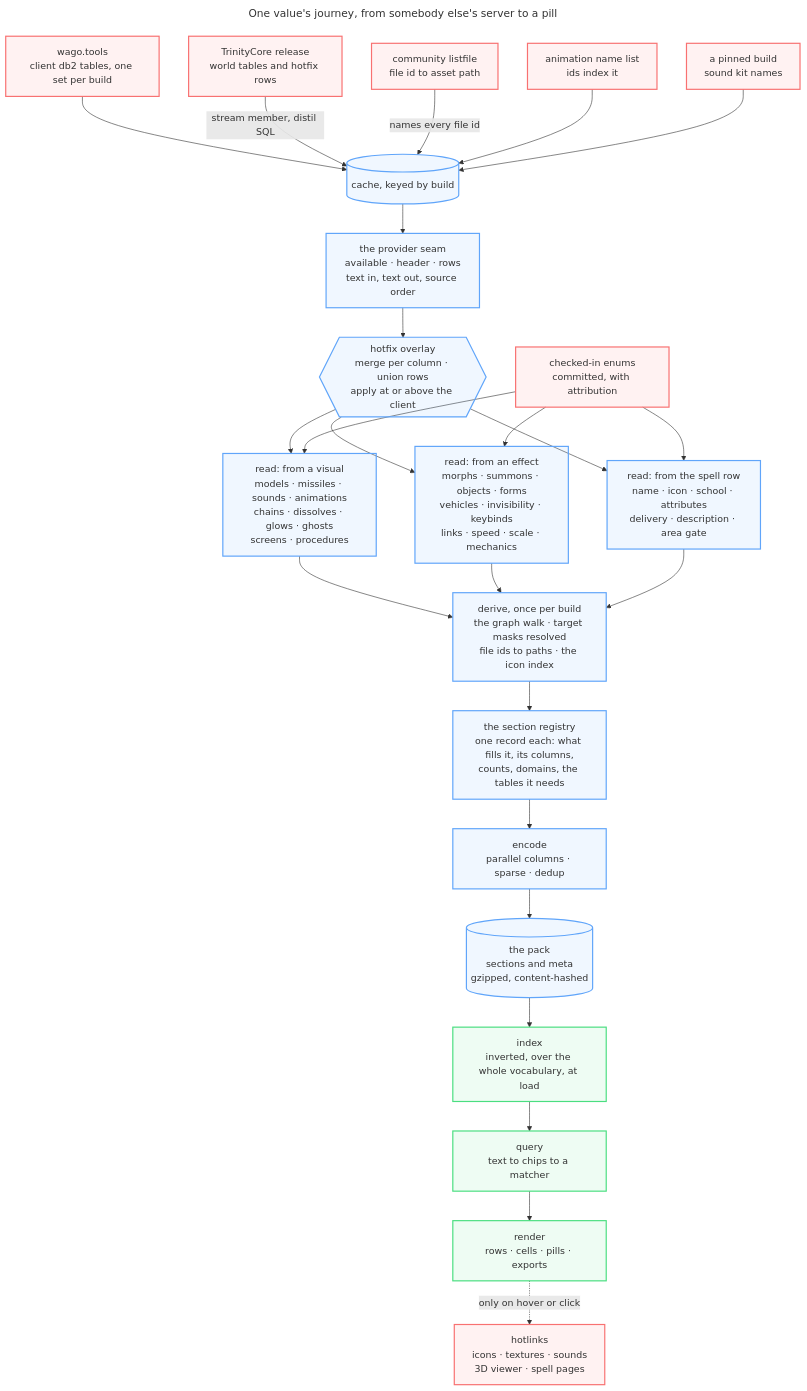
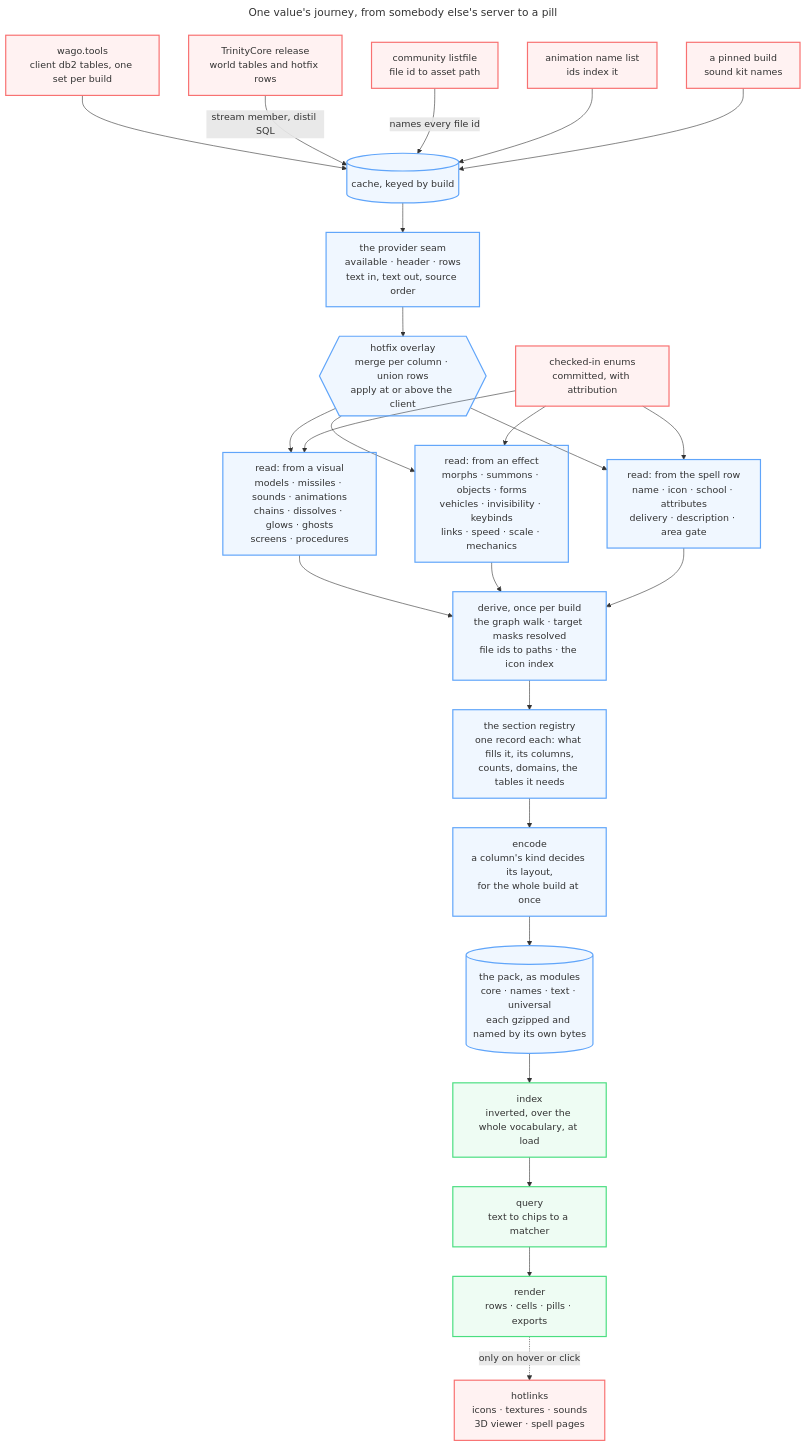
Before and after one commit to Natans8/Epsilook: the first of 11 diagrams in docs/DATA_ROUTES.md, drawn with Mermaid. The commit also changed other lines of this file and 71 other files, not shown here.

````diff
--- a/docs/DATA_ROUTES.md
+++ b/docs/DATA_ROUTES.md
@@ -17,61 +17,61 @@
 ```mermaid
 ---
 title: One value's journey, from somebody else's server to a pill
 ---
 flowchart TD
     accTitle: The data pipeline, end to end
     accDescr {
       Six external sources land in a build cache, are read through one provider seam with a
       hotfix overlay, interpreted by three families of readers, walked once, declared as sections,
-      encoded into a gzipped pack, and then indexed, queried and rendered in the browser. Hotlinks
+      encoded and emitted as gzipped modules, and then indexed, queried and rendered in the browser. Hotlinks
       are the only thing fetched afterwards, and only on hover or click.
     }
 
     WAGO["wago.tools<br/>client db2 tables, one set per build"]
     TDB["TrinityCore release<br/>world tables and hotfix rows"]
     LIST["community listfile<br/>file id to asset path"]
     ANIM["animation name list<br/>ids index it"]
     PIN["a pinned build<br/>sound kit names"]
 
     CACHE[("cache, keyed by build")]
     WAGO --> CACHE
     TDB -->|"stream member, distil SQL"| CACHE
     LIST -->|"names every file id"| CACHE
     ANIM --> CACHE
     PIN --> CACHE
 
     CACHE --> PROV["the provider seam<br/>available · header · rows<br/>text in, text out, source order"]
     PROV --> OVL{{"hotfix overlay<br/>merge per column · union rows<br/>apply at or above the client"}}
 
     ENUM["checked-in enums<br/>committed, with attribution"]
     OVL --> VISR["read: from a visual<br/>models · missiles · sounds · animations<br/>chains · dissolves · glows · ghosts<br/>screens · procedures"]
     OVL --> EFFR["read: from an effect<br/>morphs · summons · objects · forms<br/>vehicles · invisibility · keybinds<br/>links · speed · scale · mechanics"]
     OVL --> ROWR["read: from the spell row<br/>name · icon · school · attributes<br/>delivery · description · area gate"]
     ENUM --> VISR
     ENUM --> EFFR
     ENUM --> ROWR
 
     WALK["derive, once per build<br/>the graph walk · target masks resolved<br/>file ids to paths · the icon index"]
     VISR --> WALK
     EFFR --> WALK
     ROWR --> WALK
 
     WALK --> SEC["the section registry<br/>one record each: what fills it, its columns,<br/>counts, domains, the tables it needs"]
-    SEC --> ENC["encode<br/>parallel columns · sparse · dedup"]
-    ENC --> PACK[("the pack<br/>sections and meta<br/>gzipped, content-hashed")]
+    SEC --> ENC["encode<br/>a column's kind decides its layout,<br/>for the whole build at once"]
+    ENC --> PACK[("the pack, as modules<br/>core · names · text · universal<br/>each gzipped and named by its own bytes")]
 
     PACK --> IDX["index<br/>inverted, over the whole vocabulary, at load"]
     IDX --> QRY["query<br/>text to chips to a matcher"]
     QRY --> REN["render<br/>rows · cells · pills · exports"]
     REN -. "only on hover or click" .-> HOT["hotlinks<br/>icons · textures · sounds<br/>3D viewer · spell pages"]
 
     %% Borders carry the grouping and the theme keeps the surface, so these read
     %% on a light page and a dark one. A low-alpha fill tints either background.
     classDef theirs fill:#f8717118,stroke:#f87171,stroke-width:2px
     classDef ours fill:#60a5fa18,stroke:#60a5fa,stroke-width:2px
     classDef browser fill:#4ade8018,stroke:#4ade80,stroke-width:2px
     class WAGO,TDB,LIST,ANIM,PIN,ENUM theirs
     class CACHE,PROV,OVL,VISR,EFFR,ROWR,WALK,SEC,ENC,PACK ours
     class IDX,QRY,REN browser
     class HOT theirs
 ```
````
